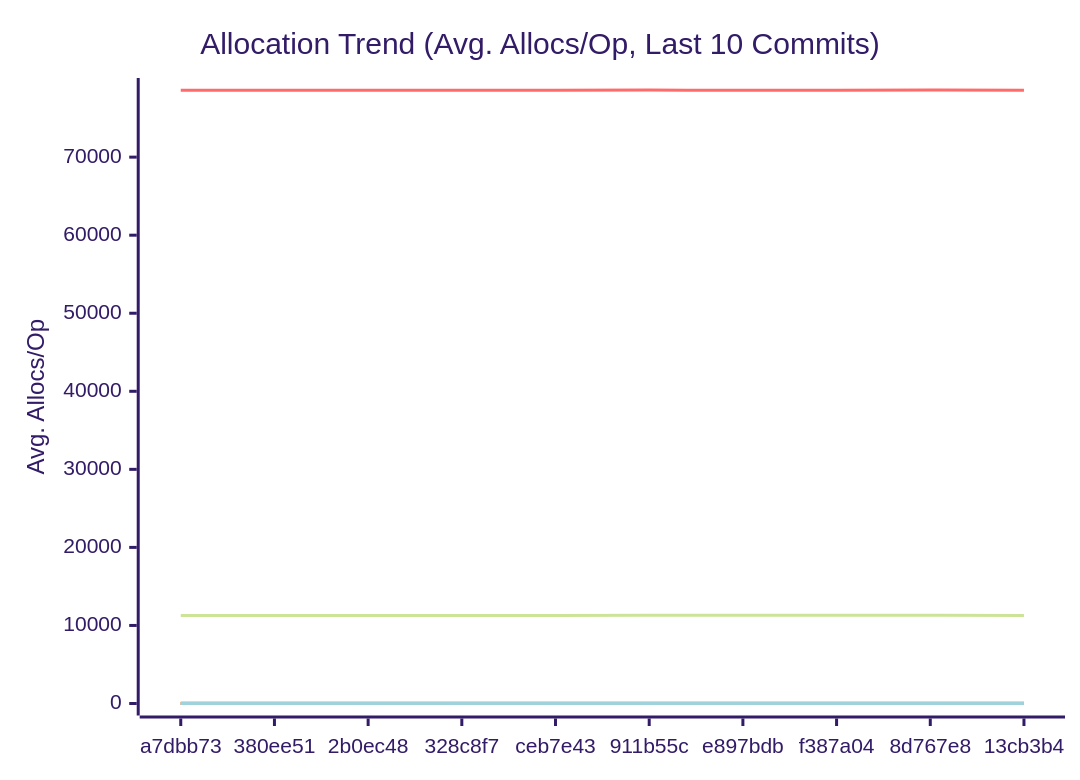
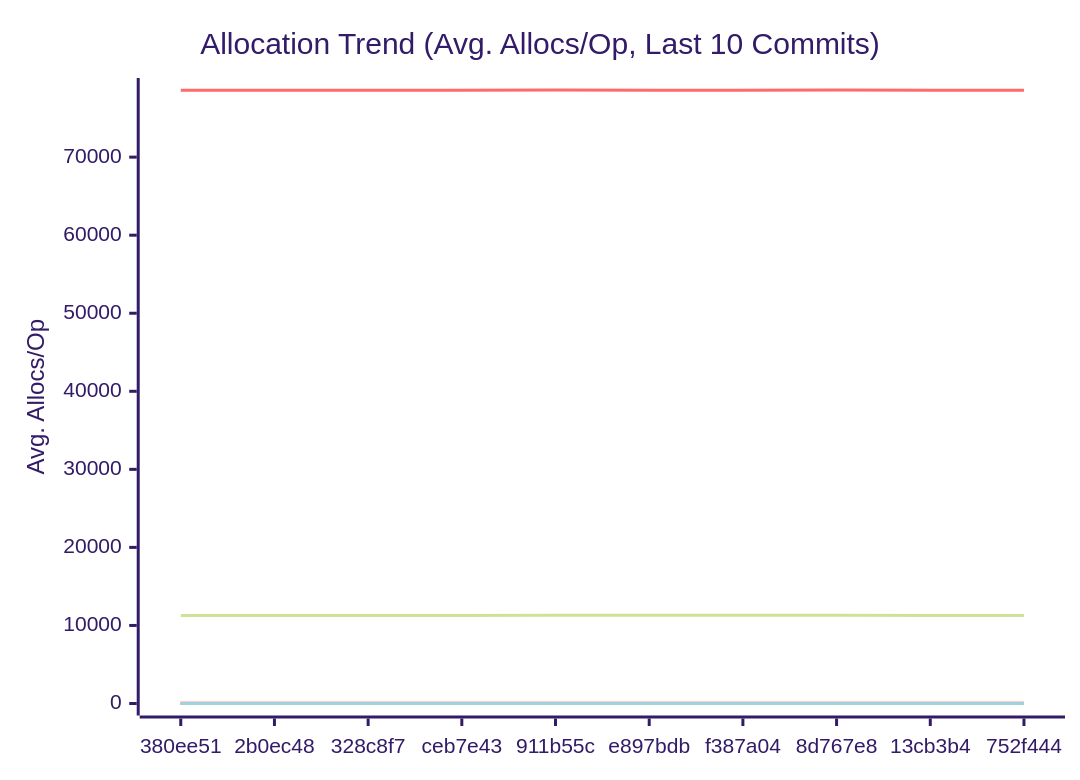
One commit to alsotoes/momo changed the third of 3 diagrams in docs/PERFORMANCE.md. Above: the diagram before and after it, drawn with Mermaid (forest theme). The commit also changed other lines of this file and 2 other files, not shown here.

````diff
--- a/docs/PERFORMANCE.md
+++ b/docs/PERFORMANCE.md
@@ -197,20 +197,20 @@
 ```mermaid
 xychart-beta
     title "Allocation Trend (Avg. Allocs/Op, Last 10 Commits)"
     x-axis "Commit"
     y-axis "Avg. Allocs/Op"
-    x-axis [a7dbb73,380ee51,2b0ec48,328c8f7,ceb7e43,911b55c,e897bdb,f387a04,8d767e8,13cb3b4]
-    line "AWSChunkedReaderSigned" [11270,11273,11273,11279,11281,11298,11295,11317,11297,11272]
-    line "AWSChunkedReaderUnsigned" [78563,78558,78562,78559,78557,78598,78563,78578,78602,78562]
+    x-axis [380ee51,2b0ec48,328c8f7,ceb7e43,911b55c,e897bdb,f387a04,8d767e8,13cb3b4,752f444]
+    line "AWSChunkedReaderSigned" [11273,11273,11279,11281,11298,11295,11317,11297,11272,11275]
+    line "AWSChunkedReaderUnsigned" [78558,78562,78559,78557,78598,78563,78578,78602,78562,78568]
     line "CheckMetricsAndSwap" [0,0,0,0,0,0,0,0,0,0]
     line "CrushOptimized" [0,0,0,0,0,0,0,0,0,0]
     line "CrushOriginal" [3,3,3,3,3,3,3,3,3,3]
     line "IndexDirectTracking" [0,0,0,0,0,0,0,0,0,0]
     line "IndexSearch" [0,0,0,0,0,0,0,0,0,0]
     line "LoadGlobalConfig" [54,54,54,54,54,54,54,54,54,54]
     line "PadString" [1,1,1,1,1,1,1,1,1,1]
     line "ParseReplicationOrder_NoPrealloc" [6,6,6,6,6,5,5,5,5,5]
     line "ParseReplicationOrder_Prealloc" [2,2,2,2,2,1,1,1,1,1]
     line "SanitizeLog/Safe" [0,0,0,0,0,0,0,0,0,0]
     line "SanitizeLog/Unsafe" [1,1,1,1,1,1,1,1,1,1]
 ```
````
